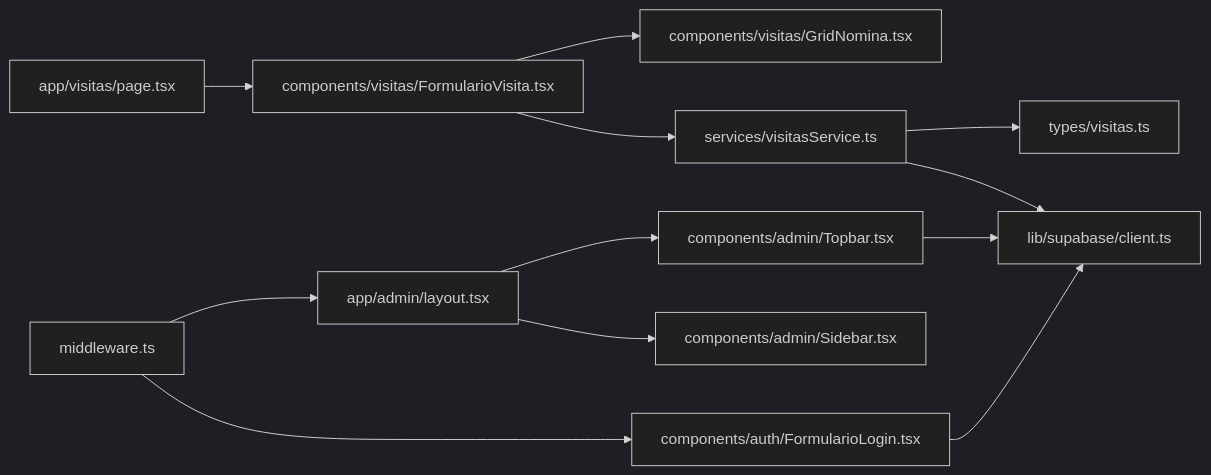
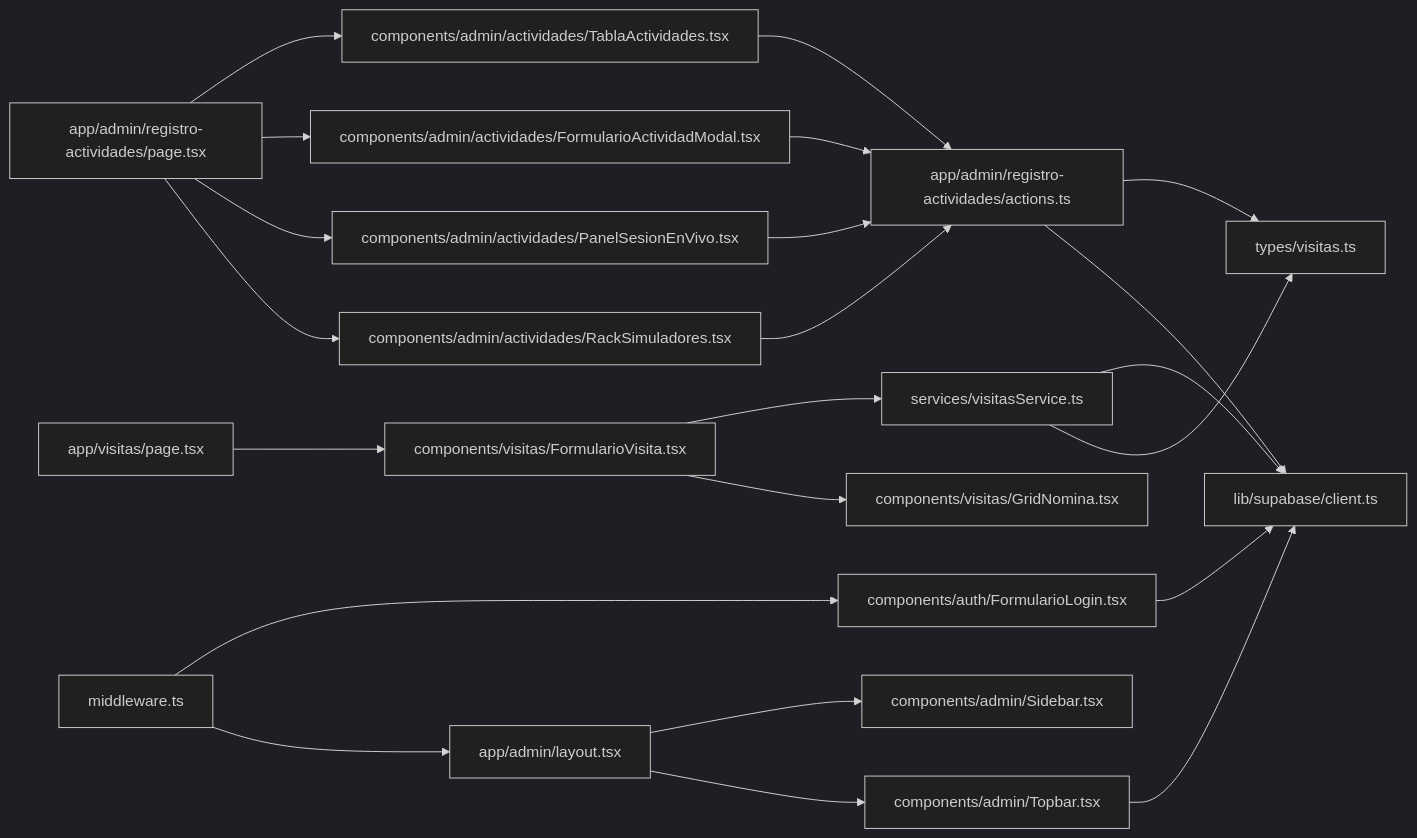
Before and after one commit to AgusCatra/simu-twin-web: the eighth of 8 diagrams in .qoder/repowiki/en/content/Application Structure & Organization/Administrative Panel.md, drawn with Mermaid (dark theme). The commit also changed other lines of this file and 7 other files, not shown here.

First line of the commit message:
feat(admin): agregar sistema integral de registro de actividades y gestión en vivo

````diff
--- a/.qoder/repowiki/en/content/Application Structure & Organization/Administrative Panel.md
+++ b/.qoder/repowiki/en/content/Application Structure & Organization/Administrative Panel.md
@@ -350,14 +544,24 @@
 ```mermaid
 graph LR
 Page["app/visitas/page.tsx"] --> Form["components/visitas/FormularioVisita.tsx"]
 Form --> Grid["components/visitas/GridNomina.tsx"]
 Form --> Service["services/visitasService.ts"]
 Service --> Types["types/visitas.ts"]
 Service --> Supabase["lib/supabase/client.ts"]
 AdminLayout["app/admin/layout.tsx"] --> Topbar["components/admin/Topbar.tsx"]
 AdminLayout --> Sidebar["components/admin/Sidebar.tsx"]
 Topbar --> Supabase
 LoginForm["components/auth/FormularioLogin.tsx"] --> Supabase
 Middleware["middleware.ts"] --> AdminLayout
 Middleware --> LoginForm
+ActivityPage["app/admin/registro-actividades/page.tsx"] --> Rack["components/admin/actividades/RackSimuladores.tsx"]
+ActivityPage --> Panel["components/admin/actividades/PanelSesionEnVivo.tsx"]
+ActivityPage --> FormModal["components/admin/actividades/FormularioActividadModal.tsx"]
+ActivityPage --> Table["components/admin/actividades/TablaActividades.tsx"]
+Rack --> Actions["app/admin/registro-actividades/actions.ts"]
+Panel --> Actions
+FormModal --> Actions
+Table --> Actions
+Actions --> Supabase
+Actions --> Types
 ```
````
